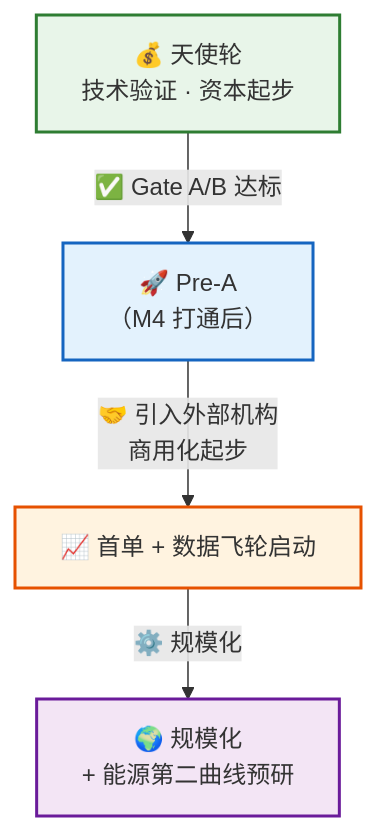
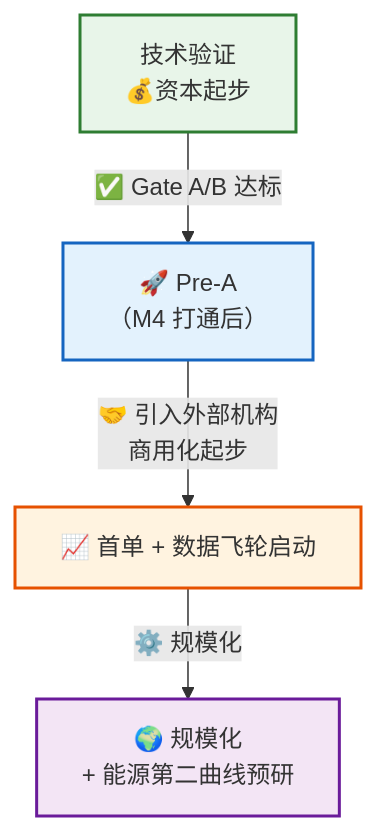
One commit to majosan/josan-obsidian-vault changed the third of 3 diagrams in 01-AI化学实验室/项目实施/原位红外/科学实验操作智能体系统-项目简报.md. Above: the diagram before and after it, drawn with Mermaid. The commit also changed other lines of this file and 3 other files, not shown here.

Commit message:
Josan 编辑: 融资图文字微调 + D清单头部注释

````diff
--- a/01-AI化学实验室/项目实施/原位红外/科学实验操作智能体系统-项目简报.md
+++ b/01-AI化学实验室/项目实施/原位红外/科学实验操作智能体系统-项目简报.md
@@ -437,11 +437,11 @@
 ```mermaid
 flowchart TD
-    A["💰 天使轮<br/>技术验证 · 资本起步"] -->|"✅ Gate A/B 达标"| B["🚀 Pre-A<br/>（M4 打通后）"]
-    B -->|"🤝 引入外部机构<br/>商用化起步"| C["📈 首单 + 数据飞轮启动"]
+    A["技术验证 <br/>💰资本起步"] -->|"✅ Gate A/B 达标"| B["🚀 Pre-A<br/>（M4 打通后）"]
+    B -->|"🤝 引入外部机构<br/> 商用化起步"| C["📈 首单 + 数据飞轮启动"]
     C -->|"⚙️ 规模化"| D["🌍 规模化<br/>+ 能源第二曲线预研"]
 
     style A fill:#e8f5e9,stroke:#2e7d32,stroke-width:2px
     style B fill:#e3f2fd,stroke:#1565c0,stroke-width:2px
     style C fill:#fff3e0,stroke:#e65100,stroke-width:2px
     style D fill:#f3e5f5,stroke:#6a1b9a,stroke-width:2px
 ```
````
